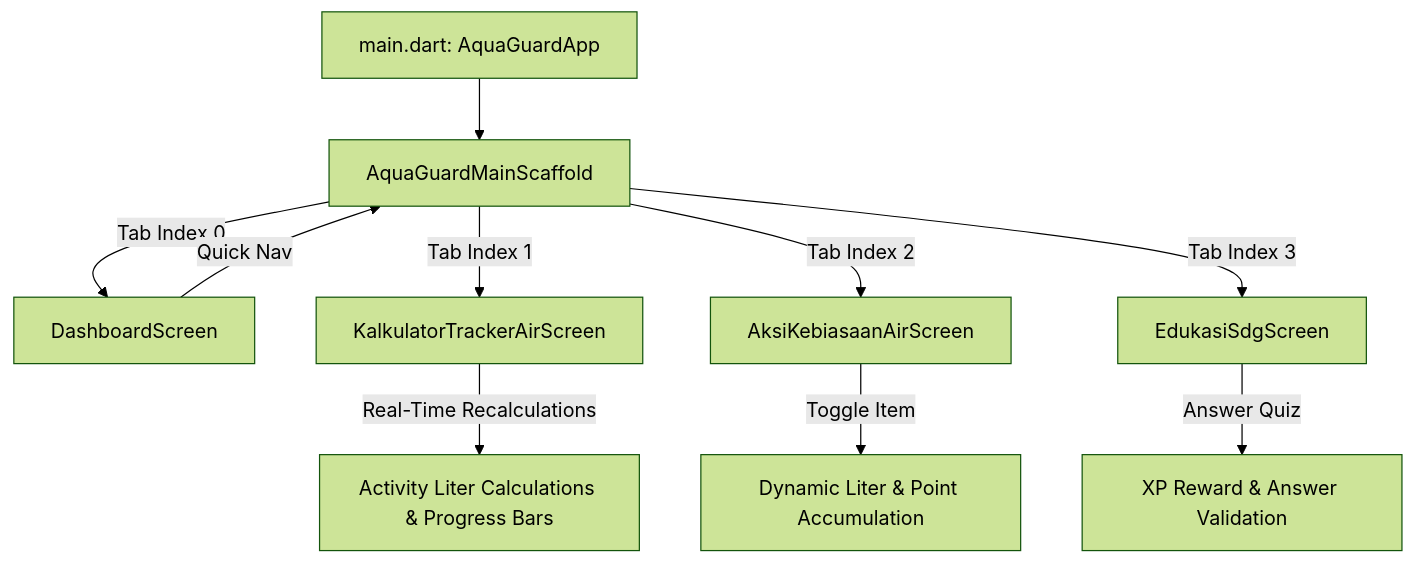
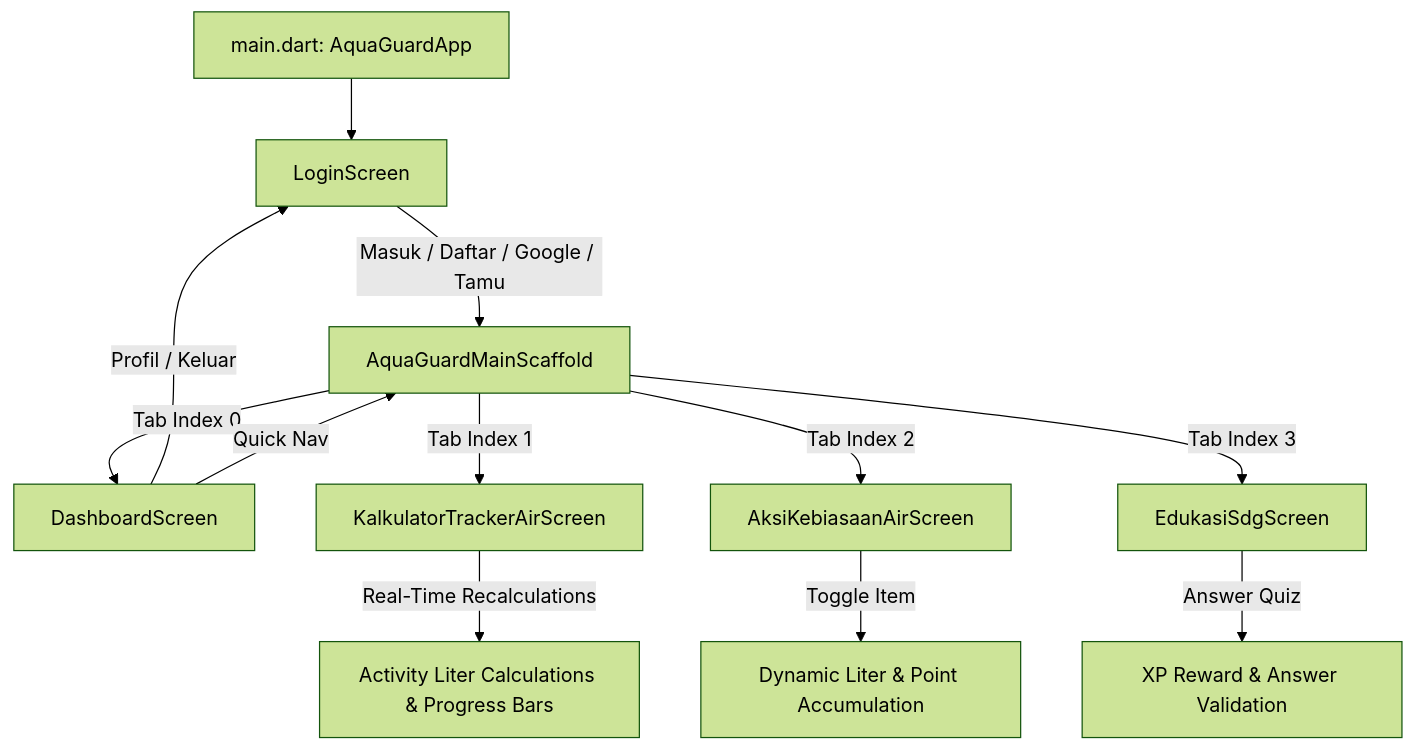
Before and after one commit to MitsuneX/Aqua-Guard: the diagram in README.md, drawn with Mermaid (forest theme). The commit also changed other lines of this file and 3 other files, not shown here.

Commit message:
feat: implement responsive AquaGuard login and signup screen with instant dashboard navigation

````diff
--- a/README.md
+++ b/README.md
@@ -71,13 +72,15 @@
 ```mermaid
 graph TD
-    A[main.dart: AquaGuardApp] --> B[AquaGuardMainScaffold]
+    A[main.dart: AquaGuardApp] --> L[LoginScreen]
+    L -->|Masuk / Daftar / Google / Tamu| B[AquaGuardMainScaffold]
     B -->|Tab Index 0| C[DashboardScreen]
     B -->|Tab Index 1| D[KalkulatorTrackerAirScreen]
     B -->|Tab Index 2| E[AksiKebiasaanAirScreen]
     B -->|Tab Index 3| F[EdukasiSdgScreen]
+    C -->|Profil / Keluar| L
 
     C -->|Quick Nav| B
     D -->|Real-Time Recalculations| D1[Activity Liter Calculations & Progress Bars]
     E -->|Toggle Item| E1[Dynamic Liter & Point Accumulation]
     F -->|Answer Quiz| F1[XP Reward & Answer Validation]
 ```
````
